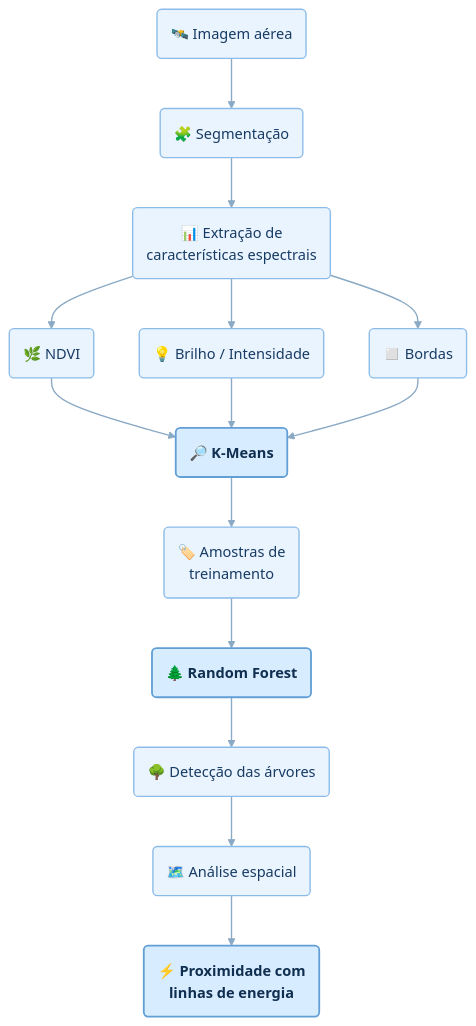
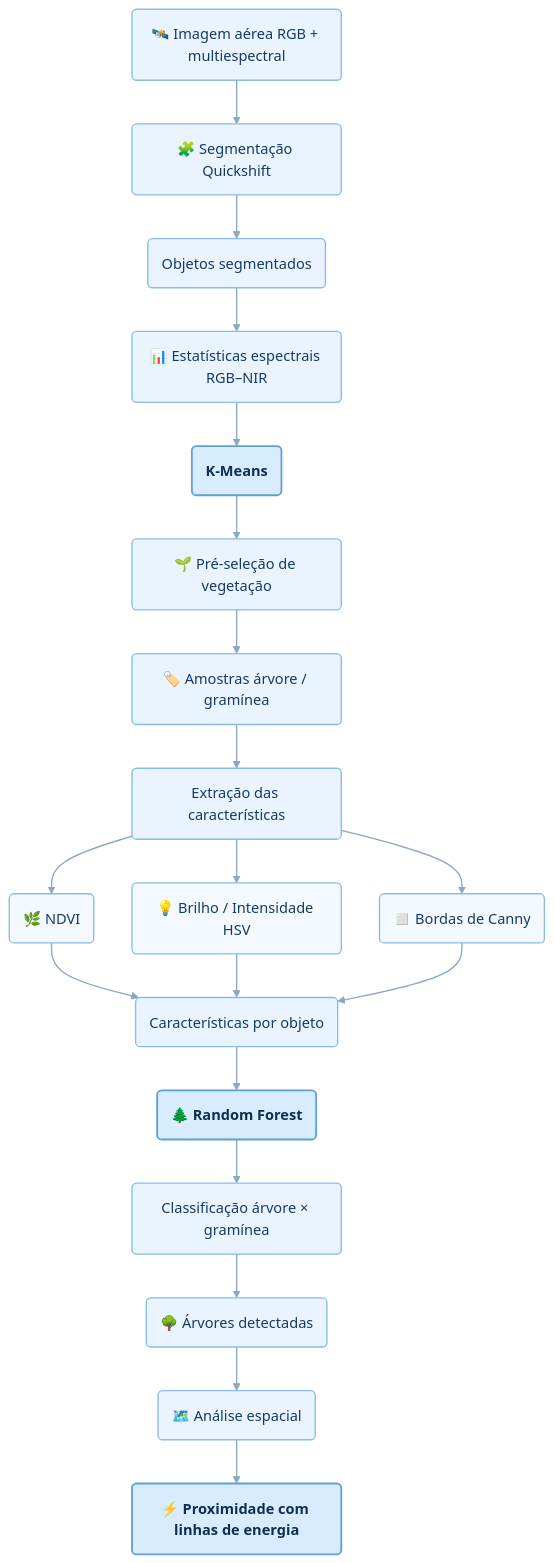
Before and after one commit to BrenoBragaGalvao/mestrado-arvores-urbanas: the diagram in README.md, drawn with Mermaid (forest theme). The commit also changed other lines of this file, not shown here.

````diff
--- a/README.md
+++ b/README.md
@@ -23,33 +57,33 @@
 ```mermaid
-%%{init: {"flowchart": {"nodeSpacing": 50, "rankSpacing": 55}}}%%
+%%{init: {"flowchart": {"nodeSpacing": 42, "rankSpacing": 48, "curve": "basis"}}}%%
 flowchart TD
-    A("🛰️ Imagem aérea") --> B("🧩 Segmentação")
+    A("🛰️ Imagem aérea RGB + multiespectral") --> B("🧩 Segmentação Quickshift")
+    B --> C("Objetos segmentados")
+    C --> D("📊 Estatísticas espectrais RGB–NIR")
+    D --> E("K-Means")
+    E --> F("🌱 Pré-seleção de vegetação")
+    F --> G("🏷️ Amostras árvore / gramínea")
+    G --> H("Extração das características")
 
-    B --> C("📊 Extração de<br/>características espectrais")
+    H --> I("🌿 NDVI")
+    H --> J("💡 Brilho / Intensidade HSV")
+    H --> K("◻️ Bordas de Canny")
 
-    C --> D("🌿 NDVI")
-    C --> E("💡 Brilho / Intensidade")
-    C --> F("◻️ Bordas")
+    I --> L("Características por objeto")
+    J --> L
+    K --> L
+    L --> M("🌲 Random Forest")
+    M --> N("Classificação árvore × gramínea")
+    N --> O("🌳 Árvores detectadas")
+    O --> P("🗺️ Análise espacial")
+    P --> Q("⚡ Proximidade com linhas de energia")
 
-    D --> G("🔎 K-Means")
-    E --> G
-    F --> G
+    classDef etapa fill:#EAF4FF,stroke:#8BBBE8,stroke-width:1.5px,color:#173B63;
+    classDef caracteristica fill:#F4F9FF,stroke:#8BBBE8,stroke-width:1.5px,color:#173B63;
+    classDef destaque fill:#D8ECFF,stroke:#629FD6,stroke-width:2px,color:#102F50,font-weight:bold;
 
-    G --> H("🏷️ Amostras de<br/>treinamento")
-
-    H --> I("🌲 Random Forest")
-
-    I --> J("🌳 Detecção das árvores")
-
-    J --> K("🗺️ Análise espacial")
-
-    K --> L("⚡ Proximidade com<br/>linhas de energia")
-
-    classDef etapa fill:#eaf4ff,stroke:#8bbbe8,stroke-width:1.5px,color:#173b63;
-    classDef principal fill:#d8ecff,stroke:#629fd6,stroke-width:2px,color:#102f50,font-weight:bold;
-
-    class A,B,C,D,E,F,H,J,K etapa;
-    class G,I,L principal;
-
-    linkStyle default stroke:#8aa9c4,stroke-width:1.5px;
+    class A,B,C,D,F,G,H,L,N,O,P etapa;
+    class I,J,K caracteristica;
+    class E,M,Q destaque;
+    linkStyle default stroke:#8AA9C4,stroke-width:1.5px;
 ```
````
